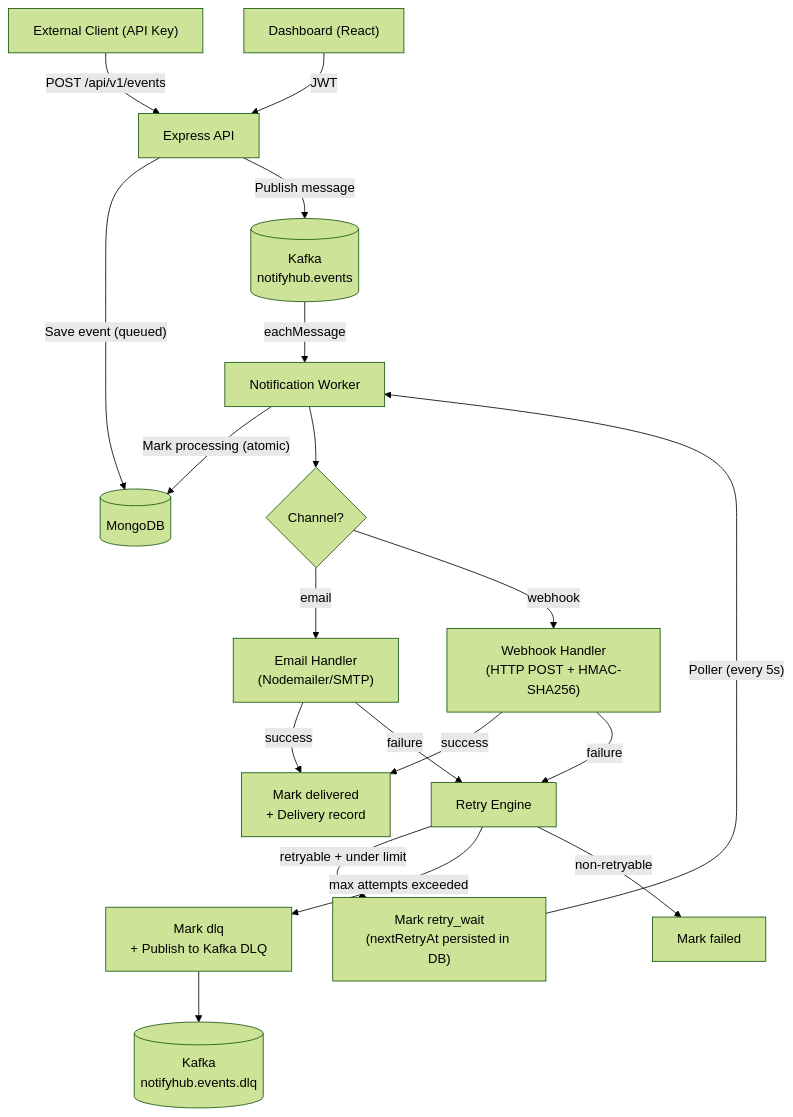
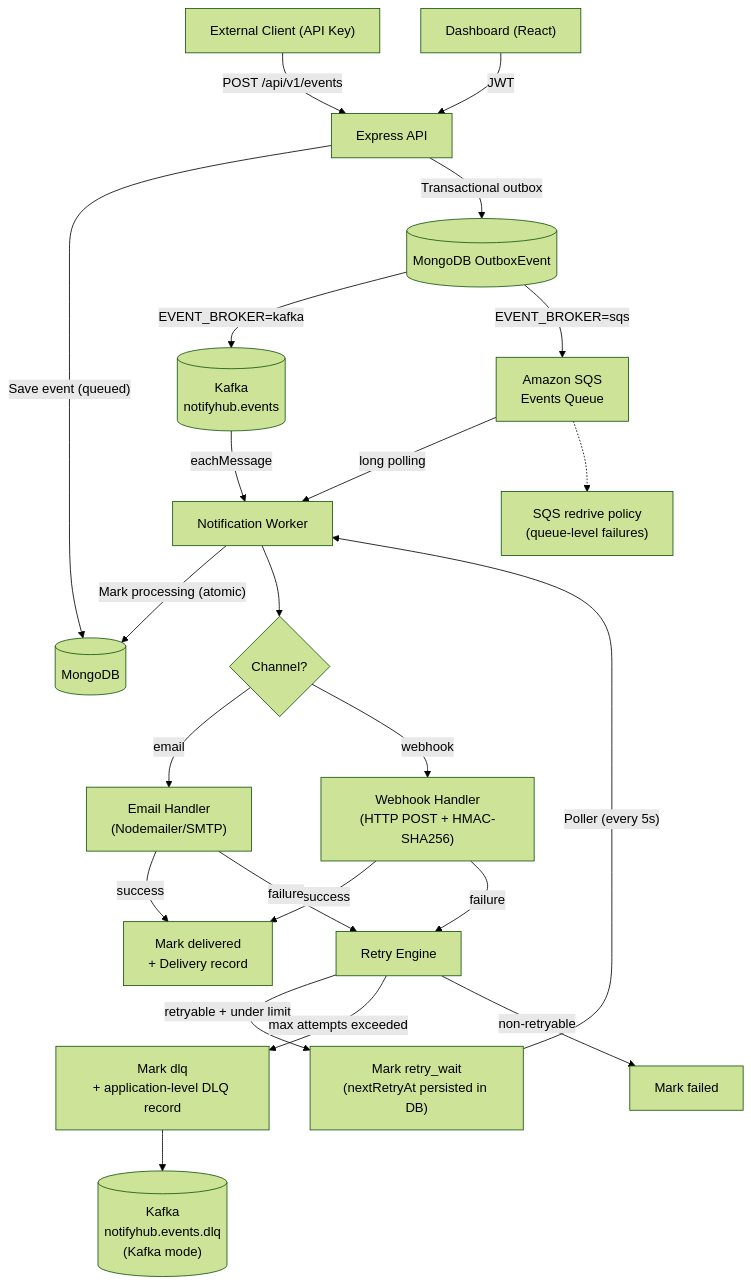
The diagram in README.md (tekchand87/notifyhub), drawn with Mermaid (forest theme) before and after one commit. The commit also changed other lines of this file and 29 other files, not shown here.

````diff
--- a/README.md
+++ b/README.md
@@ -7,29 +7,33 @@
 ```mermaid
 graph TD
     Client["External Client (API Key)"] -->|POST /api/v1/events| API["Express API"]
     Dashboard["Dashboard (React)"] -->|JWT| API
 
     API -->|"Save event (queued)"| MongoDB[(MongoDB)]
-    API -->|Publish message| Kafka[("Kafka\nnotifyhub.events")]
+    API -->|Transactional outbox| Outbox[(MongoDB OutboxEvent)]
+    Outbox -->|EVENT_BROKER=kafka| Kafka[("Kafka\nnotifyhub.events")]
+    Outbox -->|EVENT_BROKER=sqs| SQS["Amazon SQS\nEvents Queue"]
 
     Kafka -->|eachMessage| Worker["Notification Worker"]
+    SQS -->|long polling| Worker
     Worker -->|"Mark processing (atomic)"| MongoDB
 
     Worker --> Dispatcher{Channel?}
     Dispatcher -->|email| Email["Email Handler\n(Nodemailer/SMTP)"]
     Dispatcher -->|webhook| Webhook["Webhook Handler\n(HTTP POST + HMAC-SHA256)"]
 
     Email -->|success| Delivered["Mark delivered\n+ Delivery record"]
     Webhook -->|success| Delivered
 
     Email -->|failure| RetryEngine["Retry Engine"]
     Webhook -->|failure| RetryEngine
 
     RetryEngine -->|retryable + under limit| RetryWait["Mark retry_wait\n(nextRetryAt persisted in DB)"]
     RetryWait -->|"Poller (every 5s)"| Worker
 
-    RetryEngine -->|"max attempts exceeded"| DLQ["Mark dlq\n+ Publish to Kafka DLQ"]
+    RetryEngine -->|"max attempts exceeded"| DLQ["Mark dlq\n+ application-level DLQ record"]
     RetryEngine -->|non-retryable| Failed["Mark failed"]
 
-    DLQ --> KafkaDLQ[("Kafka\nnotifyhub.events.dlq")]
+    DLQ --> KafkaDLQ[("Kafka\nnotifyhub.events.dlq\n(Kafka mode)")]
+    SQS -.-> SQSRedrive["SQS redrive policy\n(queue-level failures)"]
 ```
````
